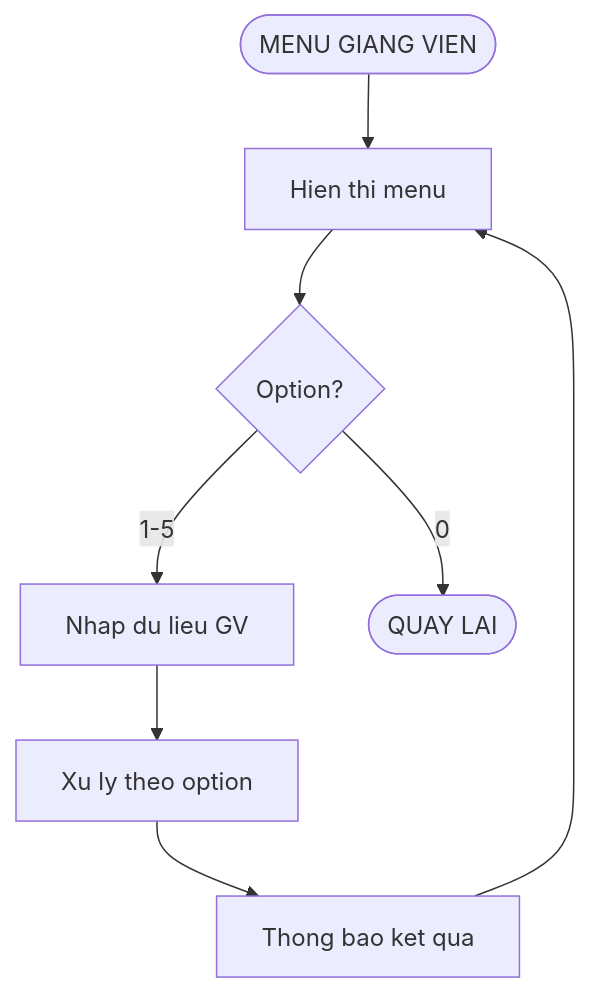
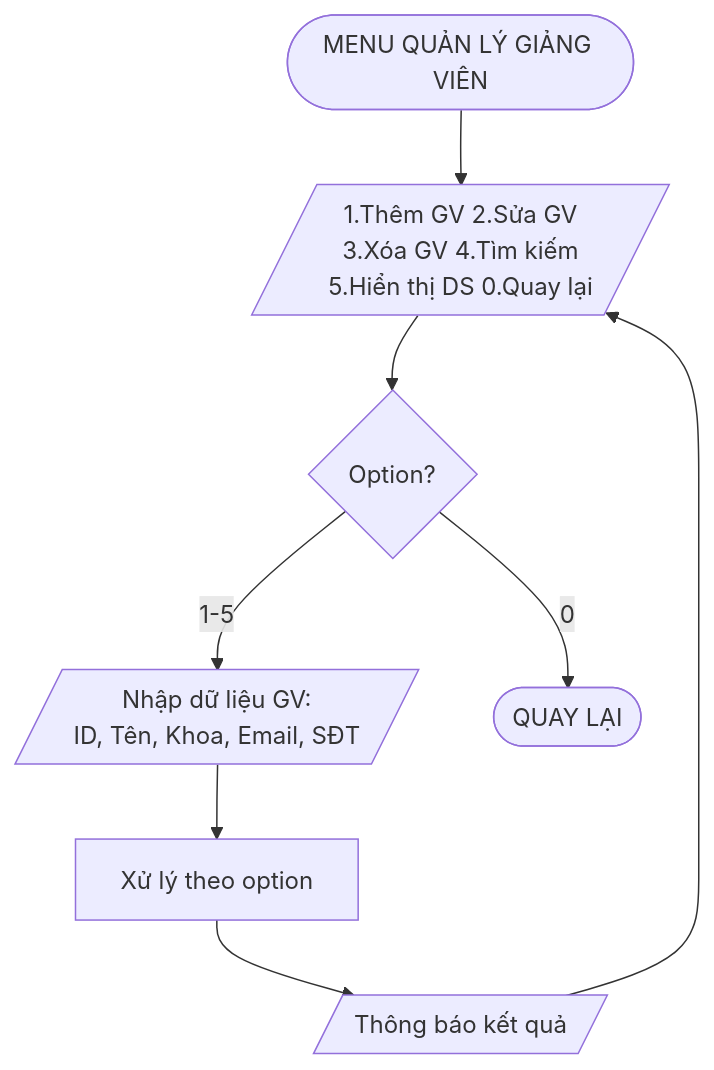
One commit to phucphuc2006/pro-192 changed diagram 11 of 20 in docs/Flowcharts/Flowcharts.md. Above: the diagram before and after it, drawn with Mermaid. The commit also changed other lines of this file, not shown here.

Commit message:
Restore original Mermaid flowcharts

````diff
--- a/docs/Flowcharts/Flowcharts.md
+++ b/docs/Flowcharts/Flowcharts.md
@@ -179,10 +204,10 @@
 ```mermaid
 flowchart TD
-    A(["MENU GIANG VIEN"]) --> B["Hien thi menu"]
-    B --> C{"Option?"}
-    C -->|1-5| D["Nhap du lieu GV"]
-    C -->|0| E(["QUAY LAI"])
-    D --> F["Xu ly theo option"]
-    F --> G["Thong bao ket qua"]
+    A([MENU QUẢN LÝ GIẢNG VIÊN]) --> B[/"1.Thêm GV 2.Sửa GV<br/>3.Xóa GV 4.Tìm kiếm<br/>5.Hiển thị DS 0.Quay lại"/]
+    B --> C{Option?}
+    C -->|1-5| D[/Nhập dữ liệu GV:<br/>ID, Tên, Khoa, Email, SĐT/]
+    C -->|0| E([QUAY LẠI])
+    D --> F[Xử lý theo option]
+    F --> G[/Thông báo kết quả/]
     G --> B
 ```
````
